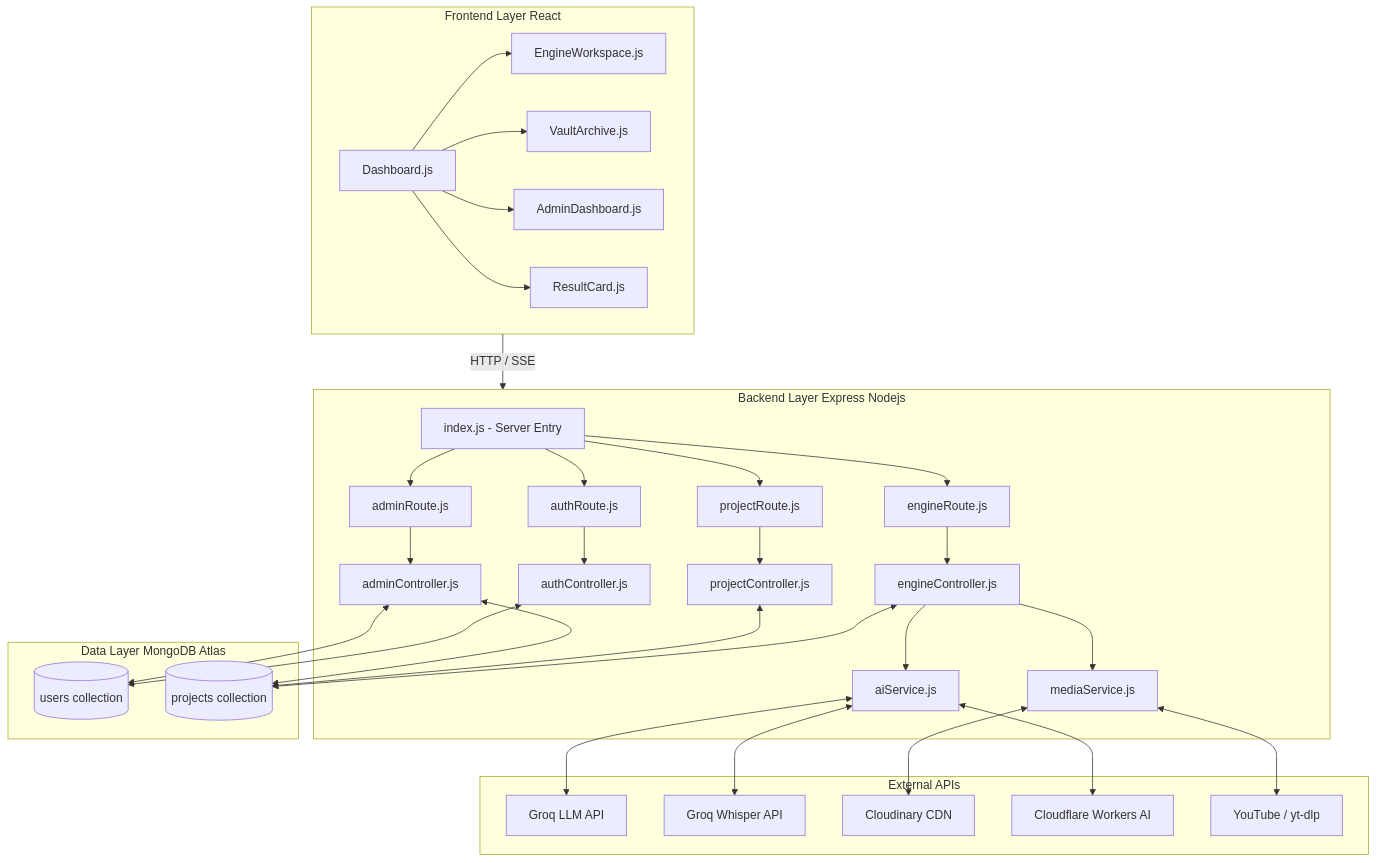
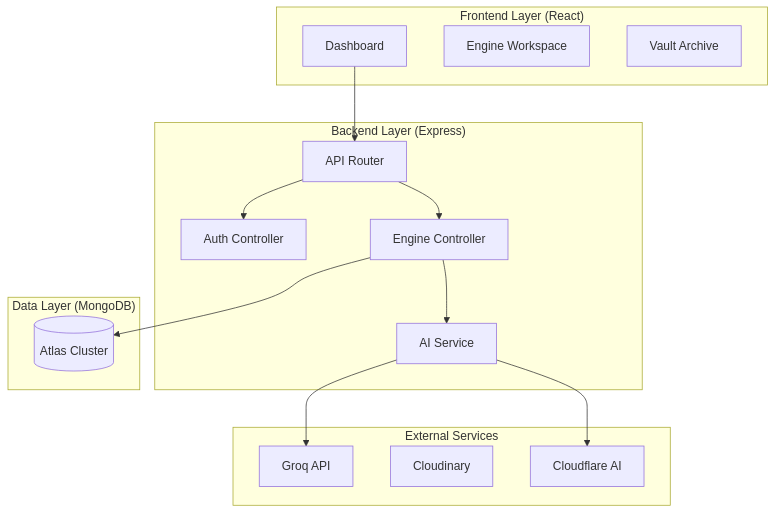
Before and after one commit to naresh-rn/echoly: the seventh of 7 diagrams in DIAGRAMS.md, drawn with Mermaid. The commit also changed other lines of this file and 1 other file, not shown here.

Commit message:
docs: repair diagram rendering and finalize comprehensive architecture dossier

````diff
--- a/DIAGRAMS.md
+++ b/DIAGRAMS.md
@@ -380,49 +278,33 @@
 ```mermaid
 flowchart TB
-    subgraph Client ["Frontend Layer React"]
-        A1[Dashboard.js] --> A2[EngineWorkspace.js]
-        A1 --> A3[VaultArchive.js]
-        A1 --> A4[AdminDashboard.js]
-        A1 --> A5[ResultCard.js]
+    subgraph Client_Frontend ["Frontend Layer (React)"]
+        A1[Dashboard]
+        A2[Engine Workspace]
+        A3[Vault Archive]
     end
 
-    subgraph Server ["Backend Layer Express Nodejs"]
-        B1[index.js - Server Entry] --> B2[authRoute.js]
-        B1 --> B3[engineRoute.js]
-        B1 --> B4[projectRoute.js]
-        B1 --> B5[adminRoute.js]
-
-        B2 --> C1[authController.js]
-        B3 --> C2[engineController.js]
-        B4 --> C3[projectController.js]
-        B5 --> C4[adminController.js]
-
-        C2 --> D1[aiService.js]
-        C2 --> D2[mediaService.js]
+    subgraph Server_Backend ["Backend Layer (Express)"]
+        B1[API Router]
+        B2[Auth Controller]
+        B3[Engine Controller]
+        B4[AI Service]
     end
 
-    subgraph External ["External APIs"]
-        E1[Groq LLM API]
-        E2[Groq Whisper API]
-        E3[Cloudinary CDN]
-        E4[Cloudflare Workers AI]
-        E5[YouTube / yt-dlp]
+    subgraph External_APIs ["External Services"]
+        E1[Groq API]
+        E2[Cloudinary]
+        E3[Cloudflare AI]
     end
 
-    subgraph Database ["Data Layer MongoDB Atlas"]
-        F1[(users collection)]
-        F2[(projects collection)]
+    subgraph Database_Layer ["Data Layer (MongoDB)"]
+        F1[(Atlas Cluster)]
     end
 
-    Client -- "HTTP / SSE" --> Server
-    D1 <--> E1
-    D1 <--> E2
-    D2 <--> E3
-    D1 <--> E4
-    D2 <--> E5
-    C1 <--> F1
-    C2 <--> F2
-    C3 <--> F2
-    C4 <--> F1
-    C4 <--> F2
+    A1 --> B1
+    B1 --> B2
+    B1 --> B3
+    B3 --> B4
+    B4 --> E1
+    B4 --> E3
+    B3 --> F1
 ```
````
